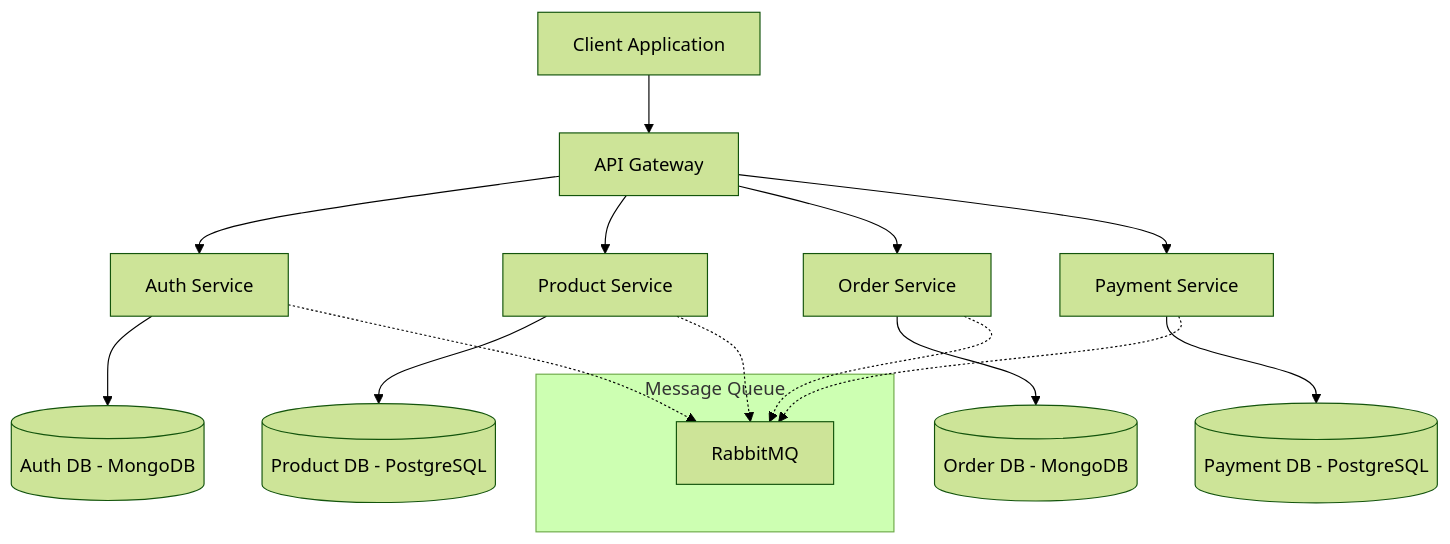
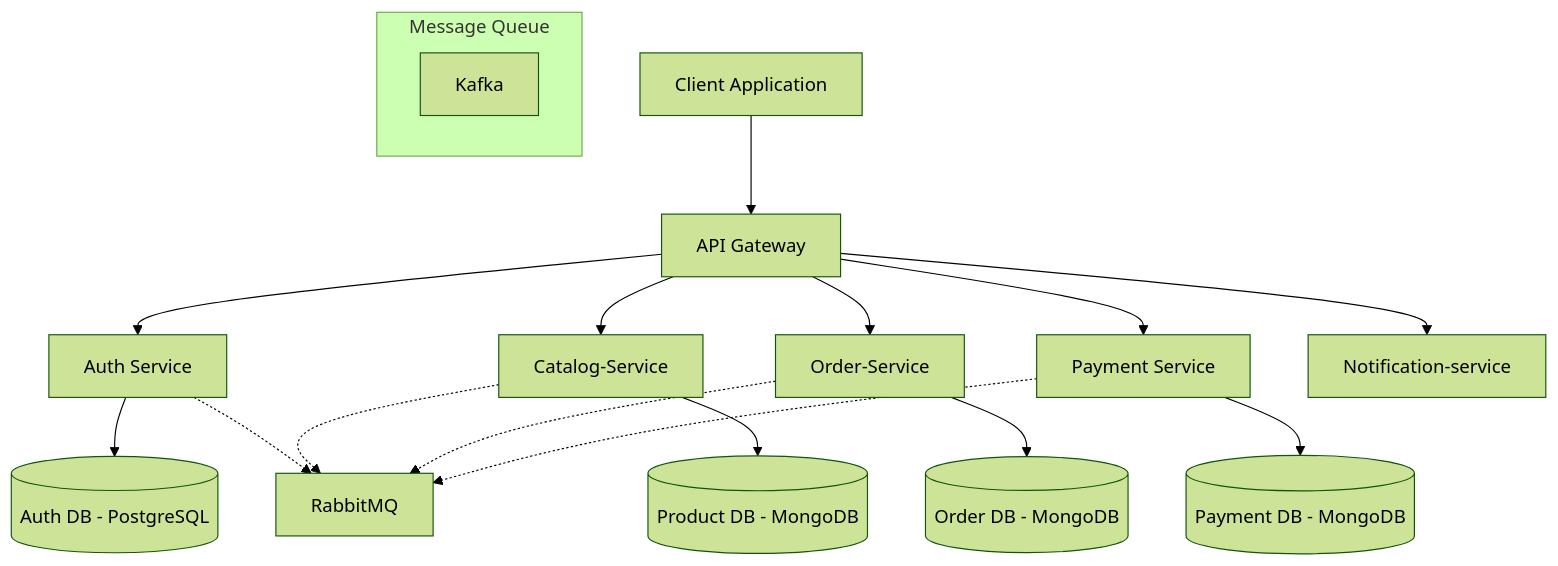
Before and after one commit to jabinv13/CrunchCab_Microservice: the diagram in README.md, drawn with Mermaid (forest theme). The commit also changed other lines of this file, not shown here.

````diff
--- a/README.md
+++ b/README.md
@@ -43,22 +43,23 @@
 ```mermaid
 graph TD
     Client[Client Application] --> Gateway[API Gateway]
     Gateway --> Auth[Auth Service]
-    Gateway --> Products[Product Service]
-    Gateway --> Orders[Order Service]
+    Gateway --> Products[Catalog-Service]
+    Gateway --> Orders[Order-Service]
     Gateway --> Payments[Payment Service]
+    Gateway --> Notification[Notification-service]
     
-    Auth --> AuthDB[(Auth DB - MongoDB)]
-    Products --> ProductDB[(Product DB - PostgreSQL)]
+    Auth --> AuthDB[(Auth DB - PostgreSQL)]
+    Products --> ProductDB[(Product DB - MongoDB)]
     Orders --> OrderDB[(Order DB - MongoDB)]
-    Payments --> PaymentDB[(Payment DB - PostgreSQL)]
+    Payments --> PaymentDB[(Payment DB - MongoDB)]
     
     subgraph Message Queue
-        RabbitMQ
+        Kafka
     end
     
     Auth -.-> RabbitMQ
     Products -.-> RabbitMQ
     Orders -.-> RabbitMQ
     Payments -.-> RabbitMQ
 ```
````
